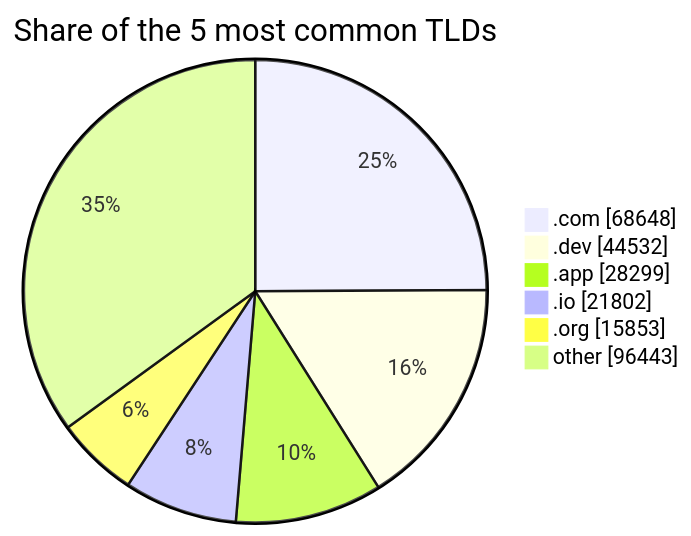
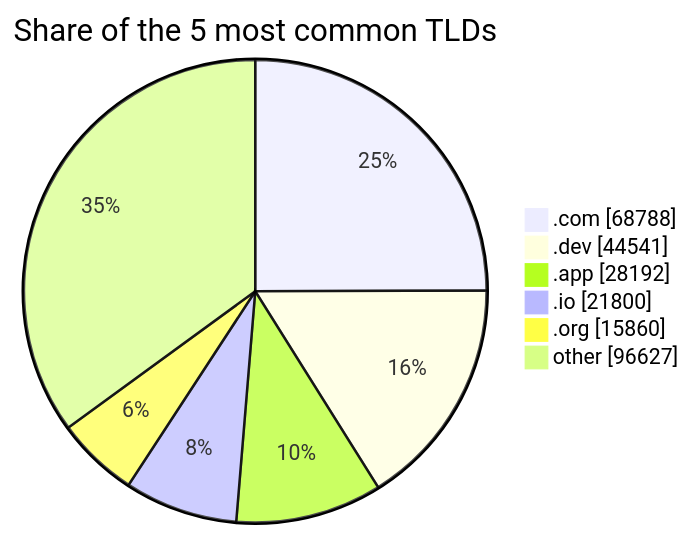
Before and after one commit to DNSBunker/CTI: the third of 3 diagrams in README.md, drawn with Mermaid. The commit also changed other lines of this file and 3 other files, not shown here.

````diff
--- a/README.md
+++ b/README.md
@@ -81,9 +81,9 @@
 ```mermaid
 pie showData title Share of the 5 most common TLDs
-    ".com" : 68648
-    ".dev" : 44532
-    ".app" : 28299
-    ".io" : 21802
-    ".org" : 15853
-    "other" : 96443
+    ".com" : 68788
+    ".dev" : 44541
+    ".app" : 28192
+    ".io" : 21800
+    ".org" : 15860
+    "other" : 96627
 ```
````
